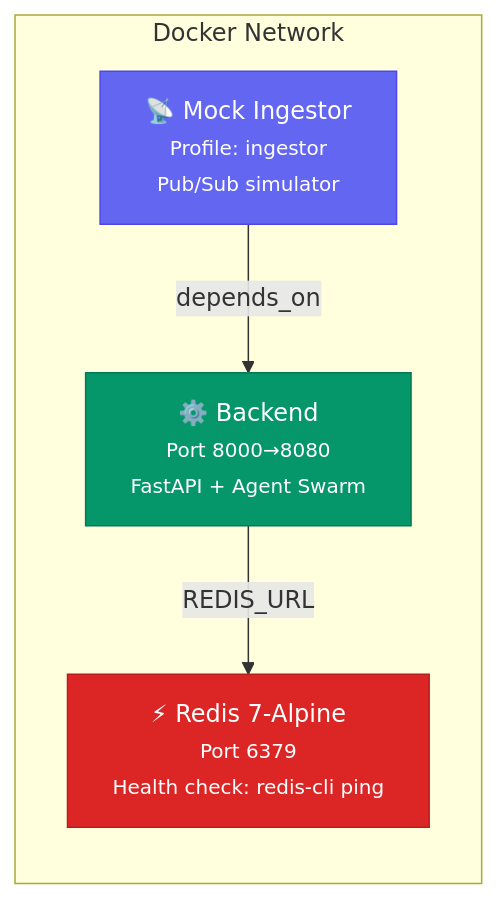
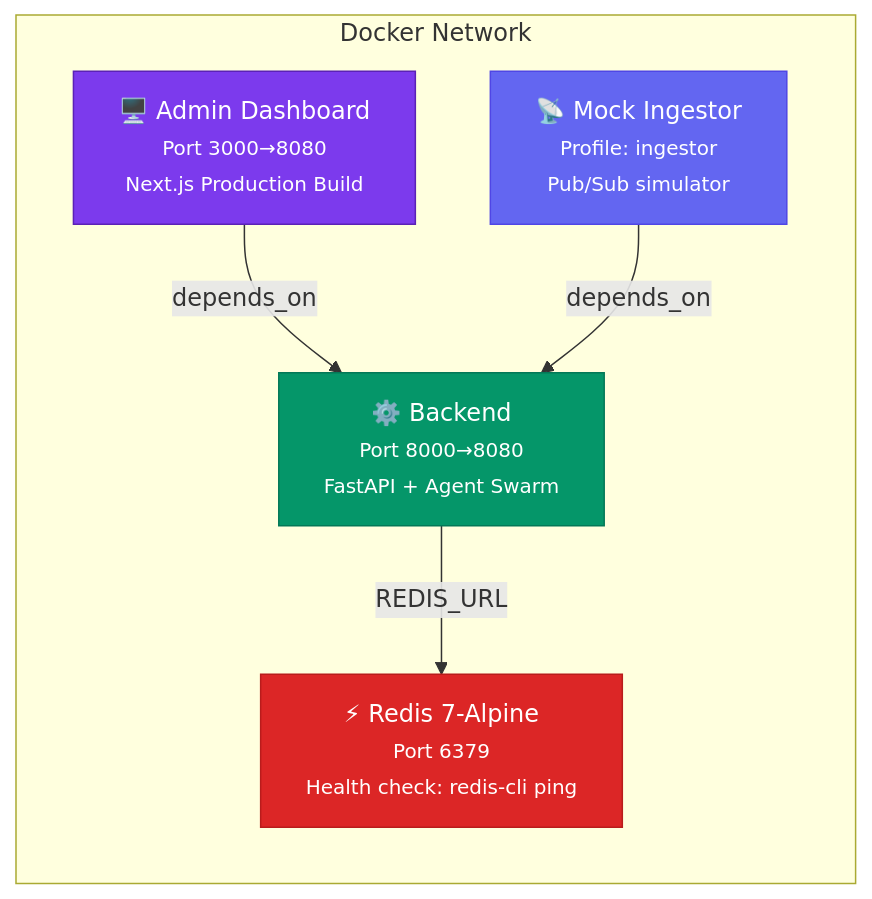
The sixth of 7 diagrams in README.md (dayanandXdarpan/stadiumos), drawn with Mermaid before and after one commit. The commit also changed other lines of this file and 2 other files, not shown here.

````diff
--- a/README.md
+++ b/README.md
@@ -571,15 +835,18 @@
 ```mermaid
 graph LR
     subgraph "Docker Network"
         REDIS["⚡ Redis 7-Alpine<br/><small>Port 6379</small><br/><small>Health check: redis-cli ping</small>"]
         BACKEND["⚙️ Backend<br/><small>Port 8000→8080</small><br/><small>FastAPI + Agent Swarm</small>"]
+        ADMIN_D["🖥️ Admin Dashboard<br/><small>Port 3000→8080</small><br/><small>Next.js Production Build</small>"]
         INGESTOR["📡 Mock Ingestor<br/><small>Profile: ingestor</small><br/><small>Pub/Sub simulator</small>"]
     end
 
     BACKEND -->|"REDIS_URL"| REDIS
+    ADMIN_D -->|"depends_on"| BACKEND
     INGESTOR -->|"depends_on"| BACKEND
 
     style REDIS fill:#dc2626,stroke:#b91c1c,color:#fff
     style BACKEND fill:#059669,stroke:#047857,color:#fff
+    style ADMIN_D fill:#7c3aed,stroke:#5b21b6,color:#fff
     style INGESTOR fill:#6366f1,stroke:#4f46e5,color:#fff
 ```
````
